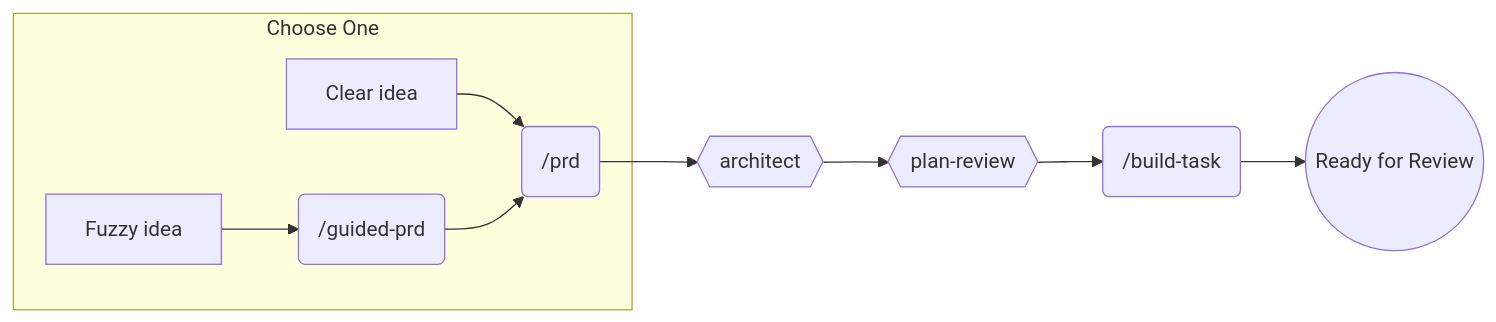
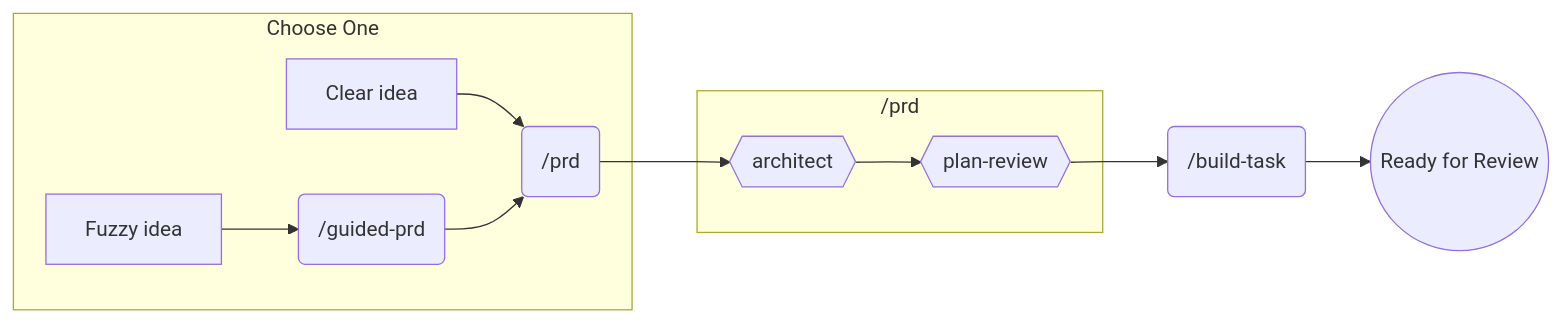
One commit to majesticlabs-dev/majestic-marketplace changed the first of 3 diagrams in plugins/majestic-engineer/README.md. Above: the diagram before and after it, drawn with Mermaid. The commit also changed other lines of this file, not shown here.

Commit message:
docs(workflows): show /prd includes architect and plan-review agents
- Add /prd subgraph containing architect and plan-review
- Update table to reflect /prd runs full planning workflow

````diff
--- a/plugins/majestic-engineer/README.md
+++ b/plugins/majestic-engineer/README.md
@@ -17,11 +17,15 @@
 ```mermaid
 graph LR
     subgraph "Choose One"
         A1[Clear idea] --> P(/prd)
         A2[Fuzzy idea] --> G(/guided-prd) --> P
     end
-    P --> AR{{architect}}
-    AR --> PR{{plan-review}}
+
+    subgraph "/prd"
+        P --> AR{{architect}}
+        AR --> PR{{plan-review}}
+    end
+
     PR --> BT(/build-task)
     BT --> Done((Ready for Review))
 ```
````
